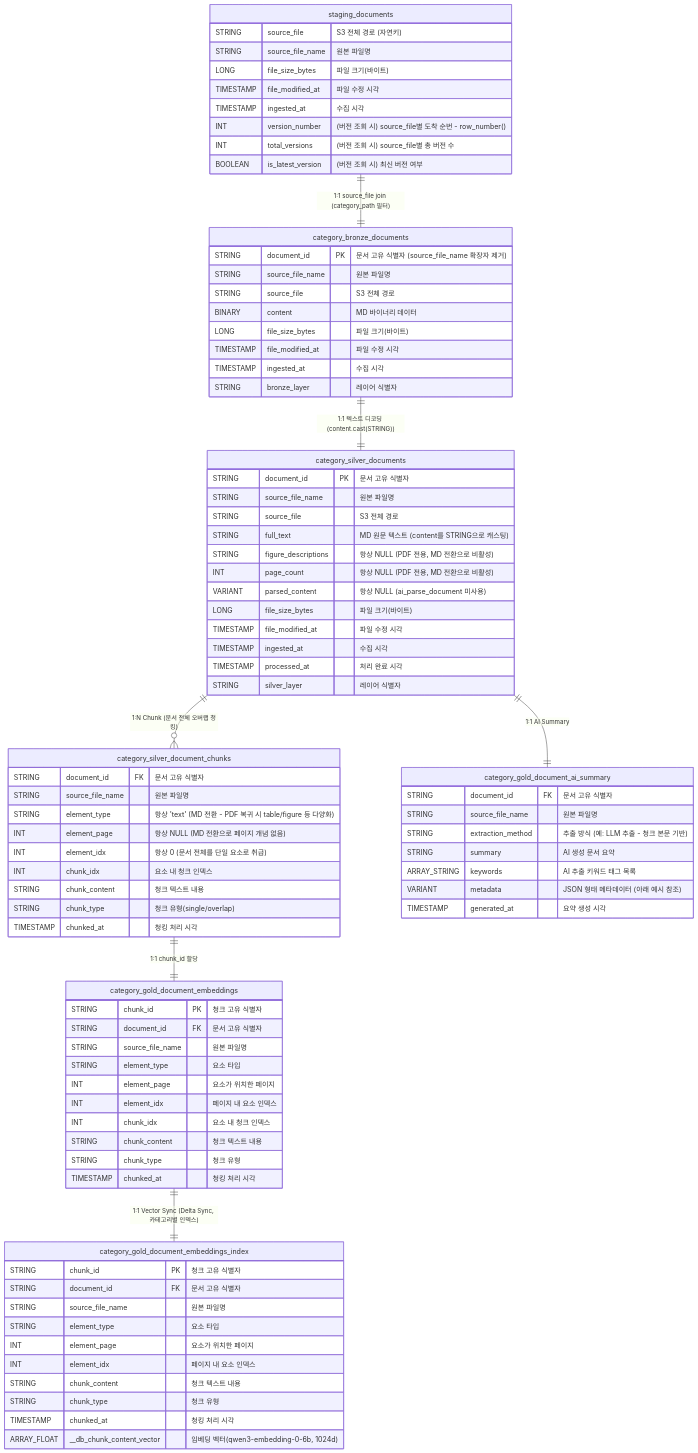
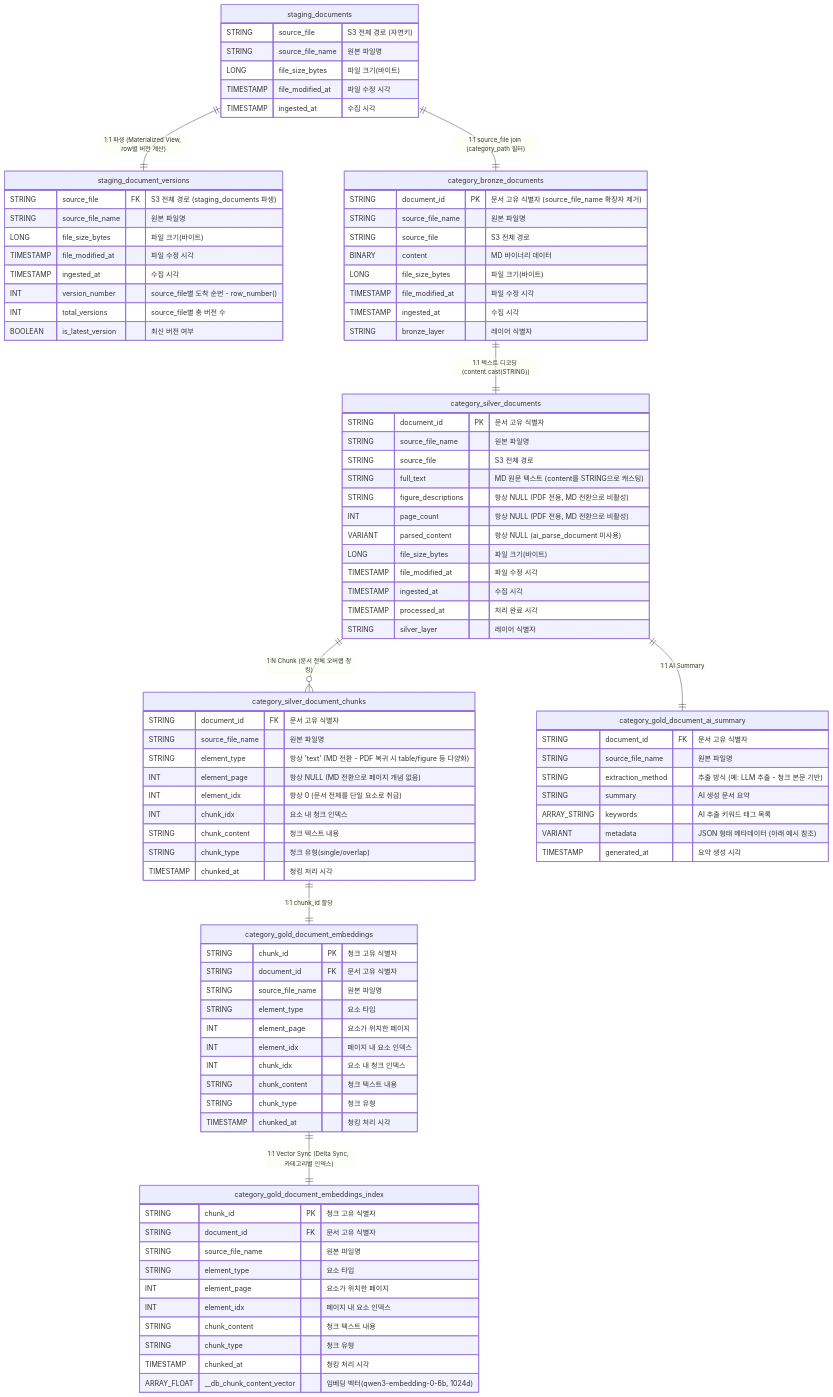
The second of 3 diagrams in databricks-pipeline-sample/dev_haesung_pipeline_architecture.md (jhsv8212/ai-ready-data-pipeline), drawn with Mermaid before and after one commit. The commit also changed other lines of this file and 2 other files, not shown here.

```diff
--- a/databricks-pipeline-sample/dev_haesung_pipeline_architecture.md
+++ b/databricks-pipeline-sample/dev_haesung_pipeline_architecture.md
@@ -82,9 +86,17 @@
         LONG file_size_bytes "파일 크기(바이트)"
         TIMESTAMP file_modified_at "파일 수정 시각"
         TIMESTAMP ingested_at "수집 시각"
-        INT version_number "(버전 조회 시) source_file별 도착 순번 - row_number()"
-        INT total_versions "(버전 조회 시) source_file별 총 버전 수"
-        BOOLEAN is_latest_version "(버전 조회 시) 최신 버전 여부"
+    }
+
+    staging_document_versions {
+        STRING source_file FK "S3 전체 경로 (staging_documents 파생)"
+        STRING source_file_name "원본 파일명"
+        LONG file_size_bytes "파일 크기(바이트)"
+        TIMESTAMP file_modified_at "파일 수정 시각"
+        TIMESTAMP ingested_at "수집 시각"
+        INT version_number "source_file별 도착 순번 - row_number()"
+        INT total_versions "source_file별 총 버전 수"
+        BOOLEAN is_latest_version "최신 버전 여부"
     }
 
     category_bronze_documents {
@@ -161,6 +173,7 @@
         ARRAY_FLOAT __db_chunk_content_vector "임베딩 벡터(qwen3-embedding-0-6b, 1024d)"
     }
 
+    staging_documents ||--|| staging_document_versions : "1:1 파생 (Materialized View, row별 버전 계산)"
     staging_documents ||--|| category_bronze_documents : "1:1 source_file join (category_path 필터)"
     category_bronze_documents ||--|| category_silver_documents : "1:1 텍스트 디코딩 (content.cast(STRING))"
     category_silver_documents ||--o{ category_silver_document_chunks : "1:N Chunk (문서 전체 오버랩 청킹)"
```
